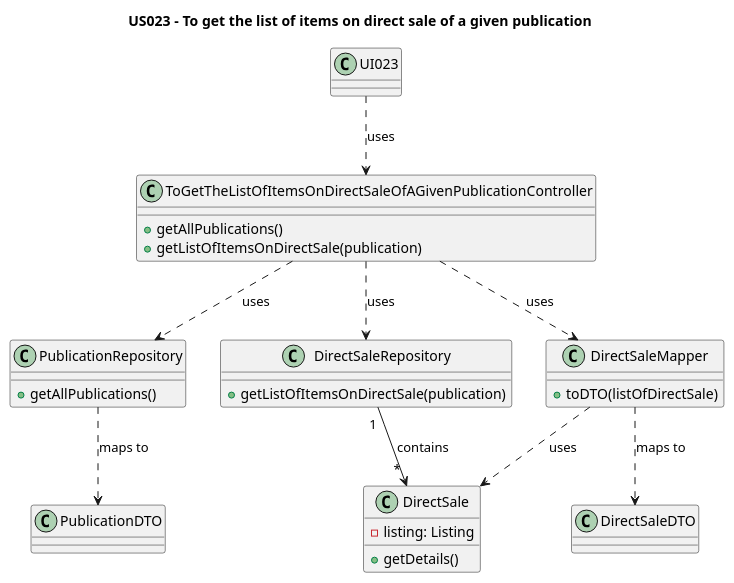
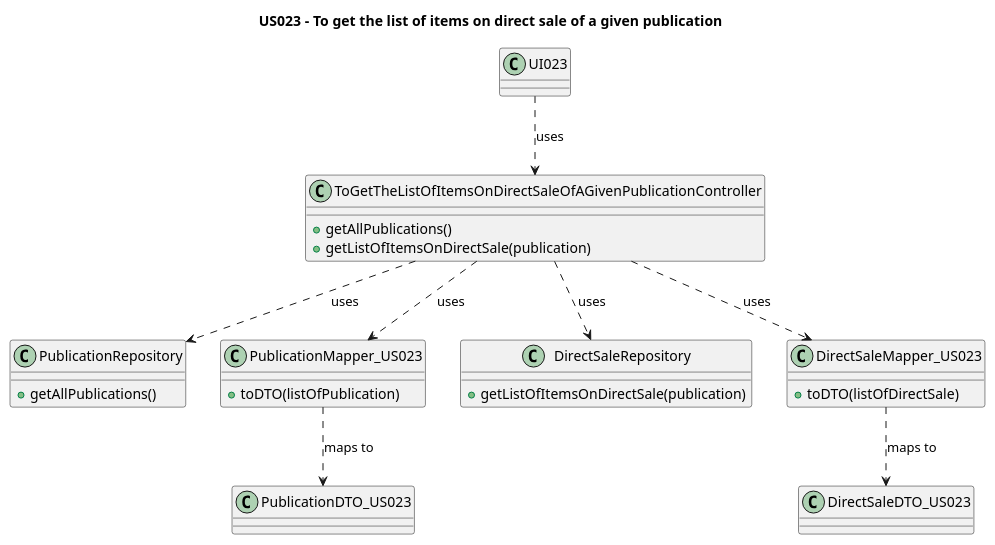
The diagram in Diagrams/ClassDiagrams/US023-to-get-the-list-of-items-on-direct-sale-of-a-given-publication.puml (AndrePereiraGitH/SWitCH-Project-Team_A), drawn with PlantUML before and after one commit. The commit also changed 7 other files, not shown here.

```diff
--- a/Diagrams/ClassDiagrams/US023-to-get-the-list-of-items-on-direct-sale-of-a-given-publication.puml
+++ b/Diagrams/ClassDiagrams/US023-to-get-the-list-of-items-on-direct-sale-of-a-given-publication.puml
@@ -1,84 +1,91 @@
 @startuml
 title US023 - To get the list of items on direct sale of a given publication
 
 class UI023{
 
 }
 
 class ToGetTheListOfItemsOnDirectSaleOfAGivenPublicationController {
   +getAllPublications()
   +getListOfItemsOnDirectSale(publication)
 }
 
 class PublicationRepository{
     +getAllPublications()
 }
 
-class PublicationDTO {
+class PublicationDTO_US023 {
+}
+
+class PublicationMapper_US023 {
+  +toDTO(listOfPublication)
 }
 
 class DirectSaleRepository {
   +getListOfItemsOnDirectSale(publication)
 }
 
+/'
 class DirectSale {
   - listing: Listing
   +getDetails()
 }
+'/
 
-class DirectSaleMapper {
+class DirectSaleMapper_US023 {
   +toDTO(listOfDirectSale)
 }
 
-class DirectSaleDTO {
+class DirectSaleDTO_US023 {
 }
 
 /'
 class Listing {
   - item: Item
   - saleType: SaleType
 }
 
 enum SaleType {
     DIRECT_SALE
     AUCTION
 }
 
 'class Item {
 '    - bibliographicalData: BibliographicalData
 '}
 
 class Item {
     - publication: publication
 }
 
 class Publication {
     - bibliographicalData: BibliographicalData
     - code: Code
 }
 
 class BibliographicalData {
     - title: String
 }
 '/
 
 ' Interactions
 
 UI023 ..> ToGetTheListOfItemsOnDirectSaleOfAGivenPublicationController : uses
 ToGetTheListOfItemsOnDirectSaleOfAGivenPublicationController ..> DirectSaleRepository : uses
 ToGetTheListOfItemsOnDirectSaleOfAGivenPublicationController ..> PublicationRepository: uses
-PublicationRepository ..> PublicationDTO : maps to
-DirectSaleRepository "1 " --> " * " DirectSale : contains
-ToGetTheListOfItemsOnDirectSaleOfAGivenPublicationController ..> DirectSaleMapper : uses
-DirectSaleMapper ..> DirectSaleDTO : maps to
-DirectSaleMapper ..> DirectSale : uses
+PublicationMapper_US023 ..> PublicationDTO_US023 : maps to
+'DirectSaleRepository "1 " --> " * " DirectSale : contains
+ToGetTheListOfItemsOnDirectSaleOfAGivenPublicationController ..> DirectSaleMapper_US023 : uses
+DirectSaleMapper_US023 ..> DirectSaleDTO_US023 : maps to
+'DirectSaleMapper_US023 ..> DirectSale : uses
+ToGetTheListOfItemsOnDirectSaleOfAGivenPublicationController ..> PublicationMapper_US023 : uses
 /'
 DirectSale "1" -- "1" Listing : uses
 Listing "                                *" -- "1" SaleType : can be sold by
 Listing "1" -- "1..*    " Item : lists an
 ' Item "*" -- "1" BibliographicalData: has
 Item "*" -- "1" Publication: refers to a
 Publication "*" -- "1" BibliographicalData: has
 '/
 
 @enduml
```
